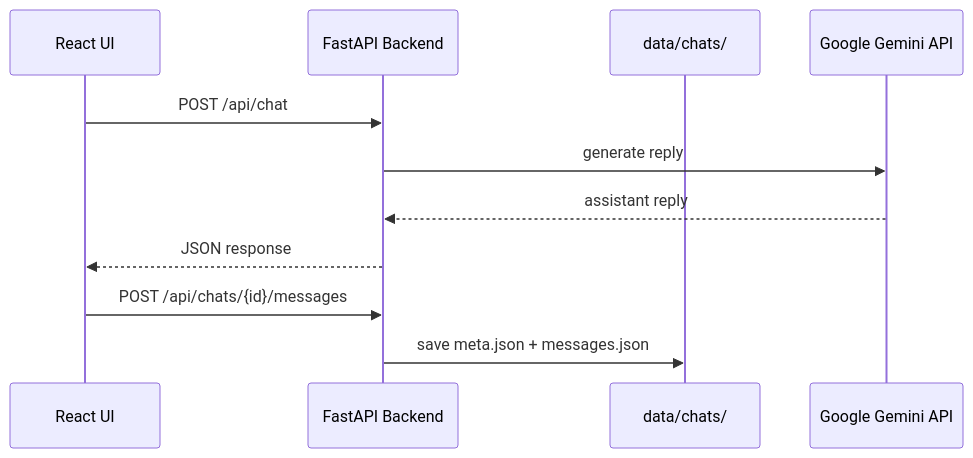
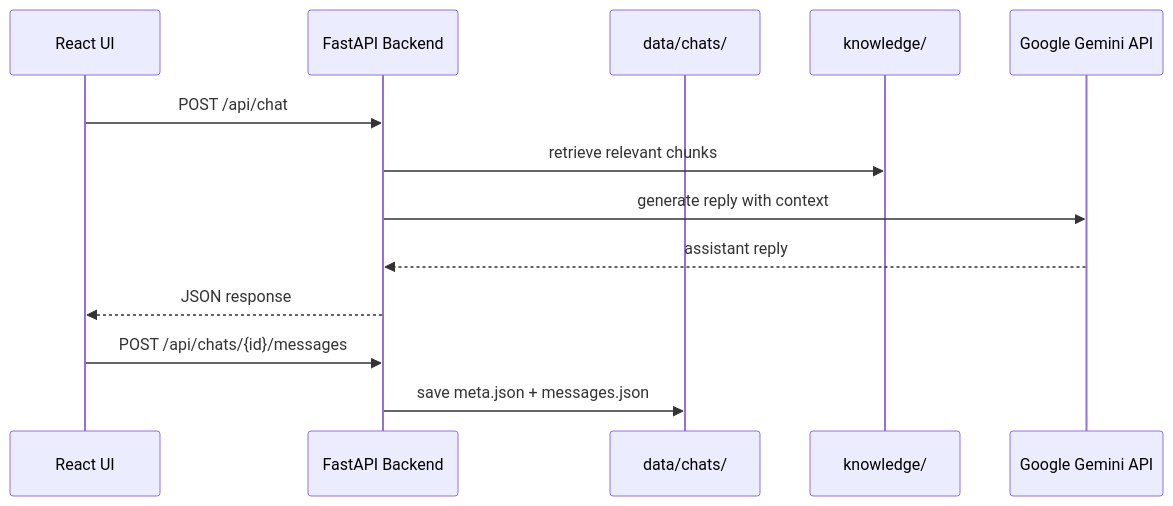
One commit to jayasinghedr/us-history-chat-bot changed the diagram in docs/implementation.md. Above: the diagram before and after it, drawn with Mermaid. The commit also changed other lines of this file and 3 other files, not shown here.

````diff
--- a/docs/implementation.md
+++ b/docs/implementation.md
@@ -196,14 +161,16 @@
 ```mermaid
 sequenceDiagram
     participant Browser as React UI
     participant API as FastAPI Backend
     participant Disk as data/chats/
+    participant KB as knowledge/
     participant Gemini as Google Gemini API
 
     Browser->>API: POST /api/chat
-    API->>Gemini: generate reply
+    API->>KB: retrieve relevant chunks
+    API->>Gemini: generate reply with context
     Gemini-->>API: assistant reply
     API-->>Browser: JSON response
     Browser->>API: POST /api/chats/{id}/messages
     API->>Disk: save meta.json + messages.json
 ```
````
